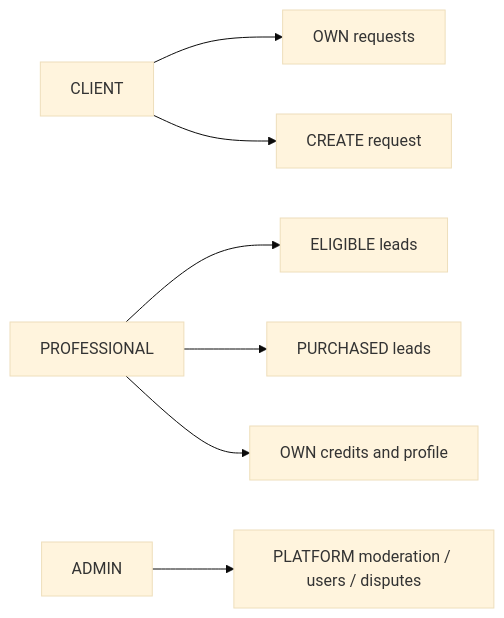
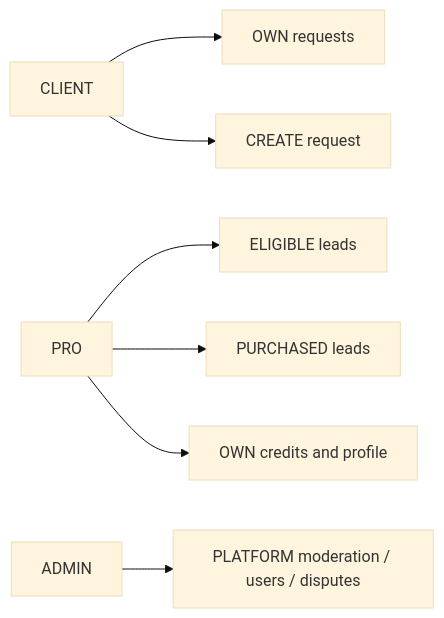
One commit to alextudorpufi/ingineria-programarii-2 changed the fourth of 4 diagrams in docs/runtime-flows.md. Above: the diagram before and after it, drawn with Mermaid (base theme). The commit also changed other lines of this file and 76 other files, not shown here.

````diff
--- a/docs/runtime-flows.md
+++ b/docs/runtime-flows.md
@@ -71,9 +71,9 @@
 ```mermaid
 flowchart LR
   Client[CLIENT] --> Own[OWN requests]
   Client --> Create[CREATE request]
-  Professional[PROFESSIONAL] --> Eligible[ELIGIBLE leads]
+  Professional[PRO] --> Eligible[ELIGIBLE leads]
   Professional --> Purchased[PURCHASED leads]
   Professional --> Credits[OWN credits and profile]
   Admin[ADMIN] --> Platform[PLATFORM moderation / users / disputes]
 ```
````
